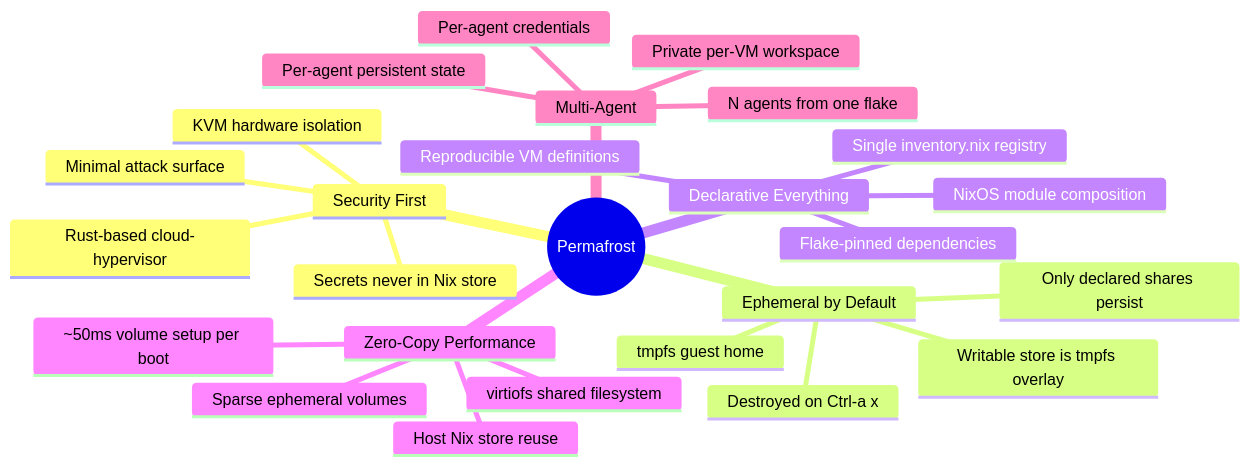
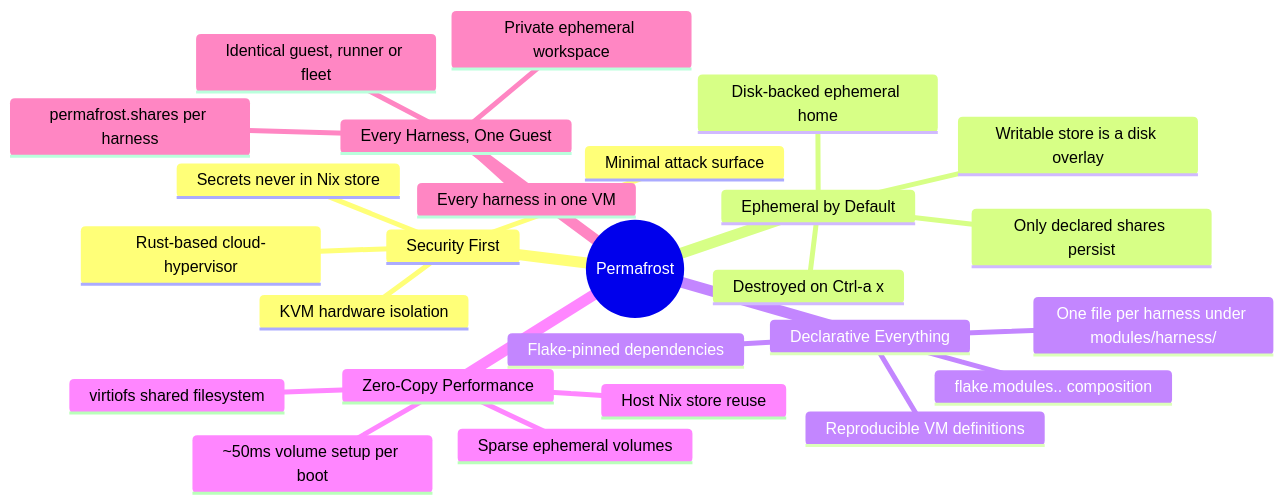
Before and after one commit to tenarches/nix-permafrost: the first of 6 diagrams in README.md, drawn with Mermaid. The commit also changed other lines of this file, not shown here.

First line of the commit message:
docs: rewrite README for the single permafrost guest

````diff
--- a/README.md
+++ b/README.md
@@ -66,29 +42,29 @@
 ```mermaid
 mindmap
   root((Permafrost))
     Security First
       KVM hardware isolation
       Rust-based cloud-hypervisor
       Minimal attack surface
       Secrets never in Nix store
     Ephemeral by Default
-      tmpfs guest home
+      Disk-backed ephemeral home
       Destroyed on Ctrl-a x
       Only declared shares persist
-      Writable store is tmpfs overlay
+      Writable store is a disk overlay
     Declarative Everything
-      Single inventory.nix registry
-      NixOS module composition
+      One file per harness under modules/harness/
+      flake.modules.<class>.<name> composition
       Reproducible VM definitions
       Flake-pinned dependencies
     Zero-Copy Performance
       virtiofs shared filesystem
       Host Nix store reuse
       Sparse ephemeral volumes
       ~50ms volume setup per boot
-    Multi-Agent
-      N agents from one flake
-      Per-agent credentials
-      Per-agent persistent state
-      Private per-VM workspace
+    Every Harness, One Guest
+      Every harness in one VM
+      permafrost.shares per harness
+      Private ephemeral workspace
+      Identical guest, runner or fleet
 ```
````
